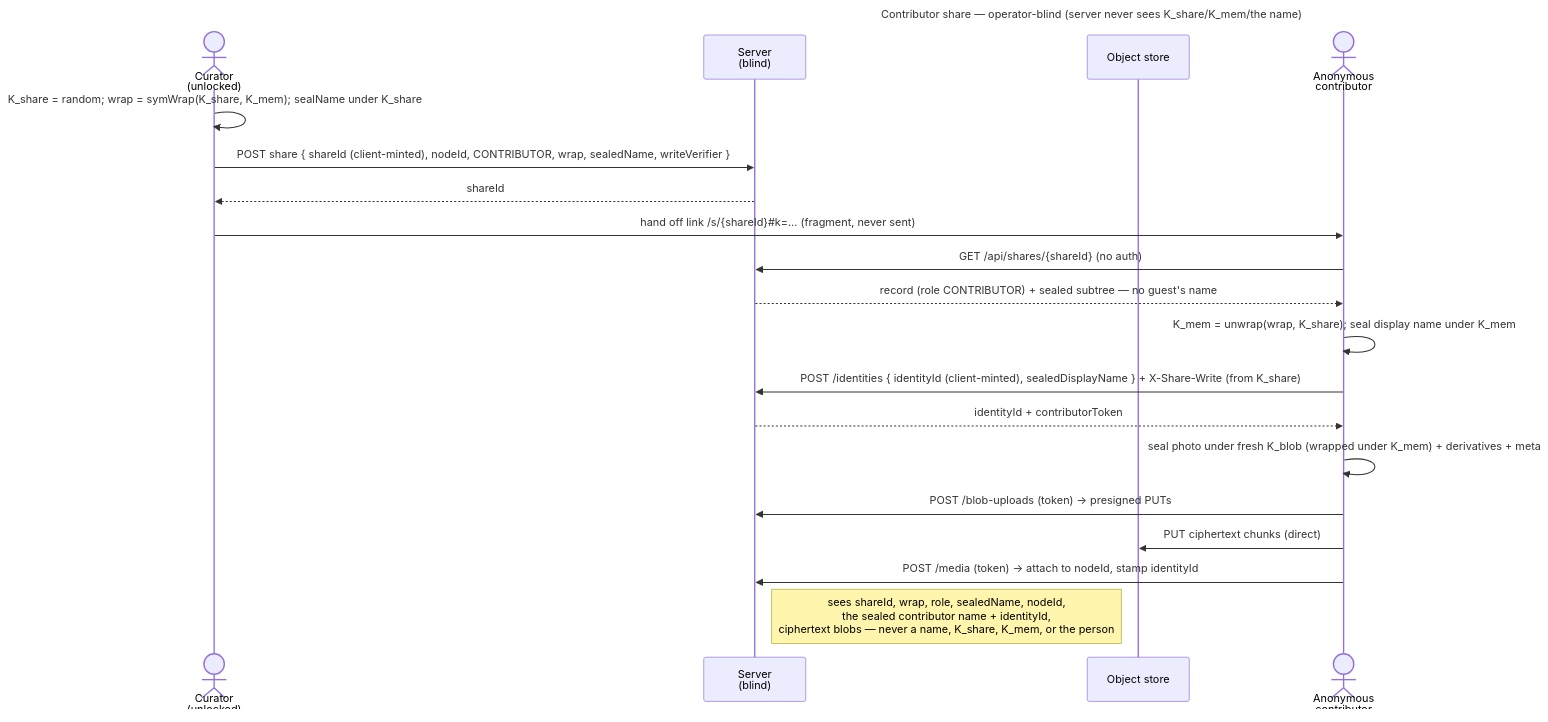
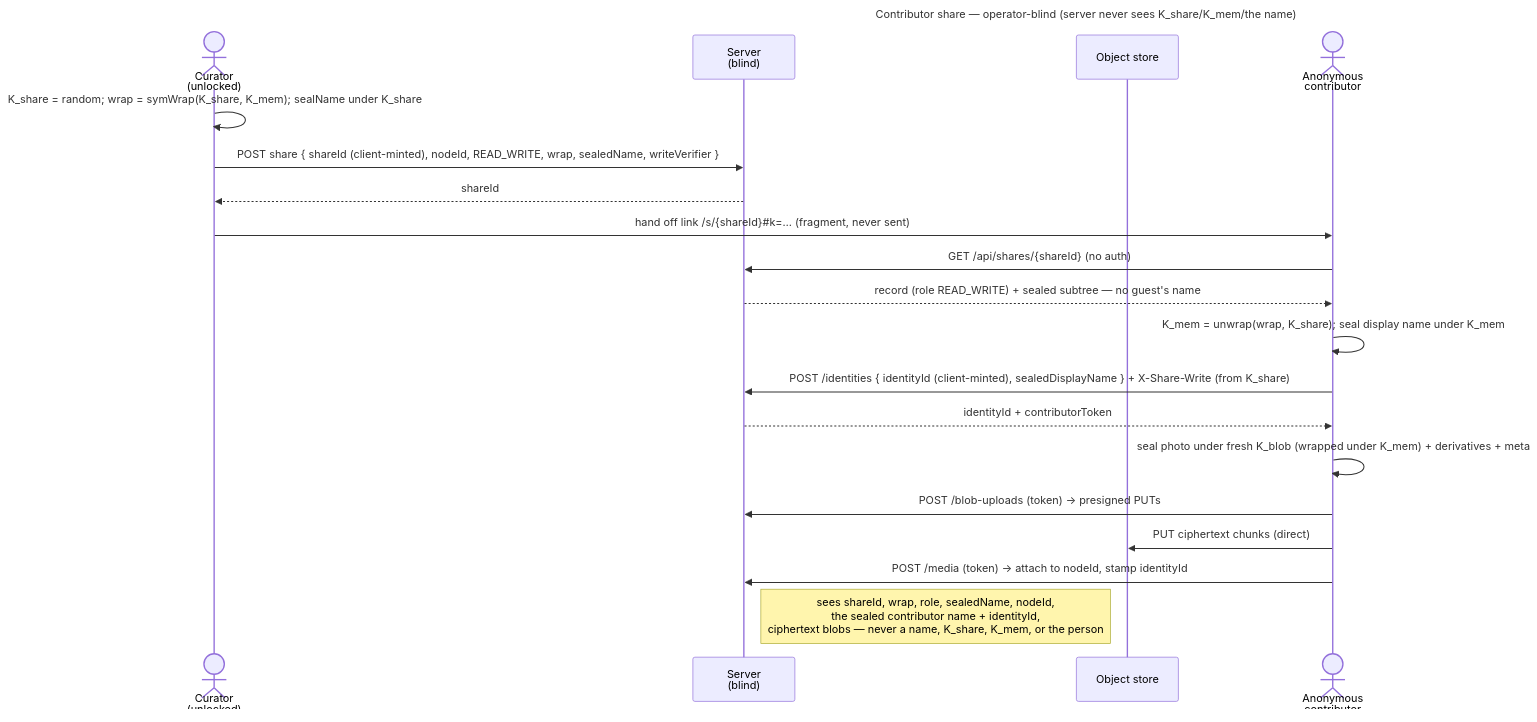
The diagram in docs/features/sharing/use-cases/uc.sharing.share-contributor.md (raddatzk/veyq), drawn with Mermaid before and after one commit. The commit also changed other lines of this file and 35 other files, not shown here.

First line of the commit message:
docs: name the share access modes READ/READ_WRITE/WRITE_ONLY

````diff
--- a/docs/features/sharing/use-cases/uc.sharing.share-contributor.md
+++ b/docs/features/sharing/use-cases/uc.sharing.share-contributor.md
@@ -55,24 +55,24 @@
 ```mermaid
 ---
 title: Contributor share — operator-blind (server never sees K_share/K_mem/the name)
 ---
 sequenceDiagram
   actor C as Curator<br>(unlocked)
   participant S as Server<br>(blind)
   participant O as Object store
   actor V as Anonymous<br>contributor
   C->>C: K_share = random#59; wrap = symWrap(K_share, K_mem)#59; sealName under K_share
-  C->>S: POST share { shareId (client-minted), nodeId, CONTRIBUTOR, wrap, sealedName, writeVerifier }
+  C->>S: POST share { shareId (client-minted), nodeId, READ_WRITE, wrap, sealedName, writeVerifier }
   S-->>C: shareId
   C->>V: hand off link /s/{shareId}#35;k=…   (fragment, never sent)
   V->>S: GET /api/shares/{shareId}   (no auth)
-  S-->>V: record (role CONTRIBUTOR) + sealed subtree — no guest's name
+  S-->>V: record (role READ_WRITE) + sealed subtree — no guest's name
   V->>V: K_mem = unwrap(wrap, K_share)#59; seal display name under K_mem
   V->>S: POST /identities { identityId (client-minted), sealedDisplayName } + X-Share-Write (from K_share)
   S-->>V: identityId + contributorToken
   V->>V: seal photo under fresh K_blob (wrapped under K_mem) + derivatives + meta
   V->>S: POST /blob-uploads (token) → presigned PUTs
   V->>O: PUT ciphertext chunks (direct)
   V->>S: POST /media (token) → attach to nodeId, stamp identityId
   Note right of S: sees shareId, wrap, role, sealedName, nodeId,<br>the sealed contributor name + identityId,<br>ciphertext blobs — never a name, K_share, K_mem, or the person
 ```
````
